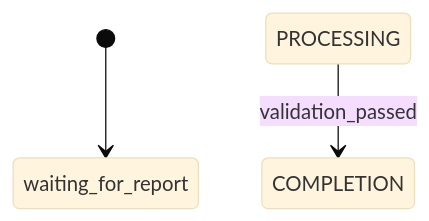
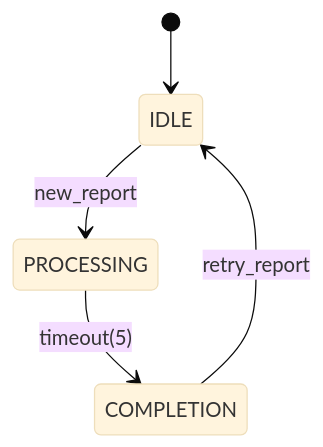
One commit to sheikkinen/statemachine-engine changed the diagram in docs/fsm-diagrams/patient_records/main.mermaid. Above: the diagram before and after it, drawn with Mermaid (base theme). The commit also changed 20 other files, not shown here.

```diff
--- a/docs/fsm-diagrams/patient_records/main.mermaid
+++ b/docs/fsm-diagrams/patient_records/main.mermaid
@@ -1,11 +1,16 @@
 stateDiagram-v2
-    [*] --> waiting_for_report
+    [*] --> IDLE
+
+    %% IDLE (1 states)
+    state IDLE
 
     %% PROCESSING (2 states)
     state PROCESSING
 
-    %% COMPLETION (2 states)
+    %% COMPLETION (3 states)
     state COMPLETION
 
     %% Transitions between composites
-    PROCESSING --> COMPLETION : validation_passed
+    IDLE --> PROCESSING : new_report
+    PROCESSING --> COMPLETION : timeout(5)
+    COMPLETION --> IDLE : retry_report
```
